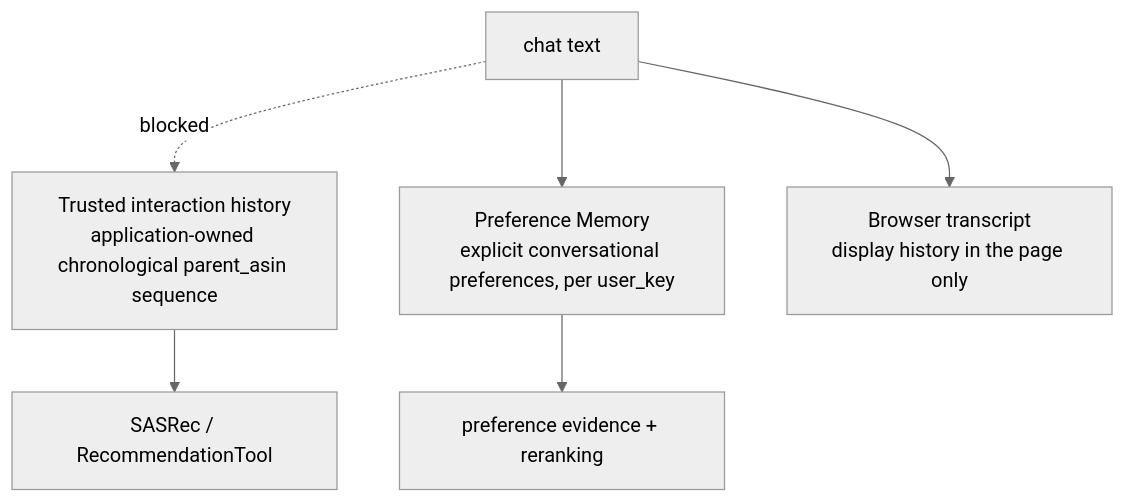
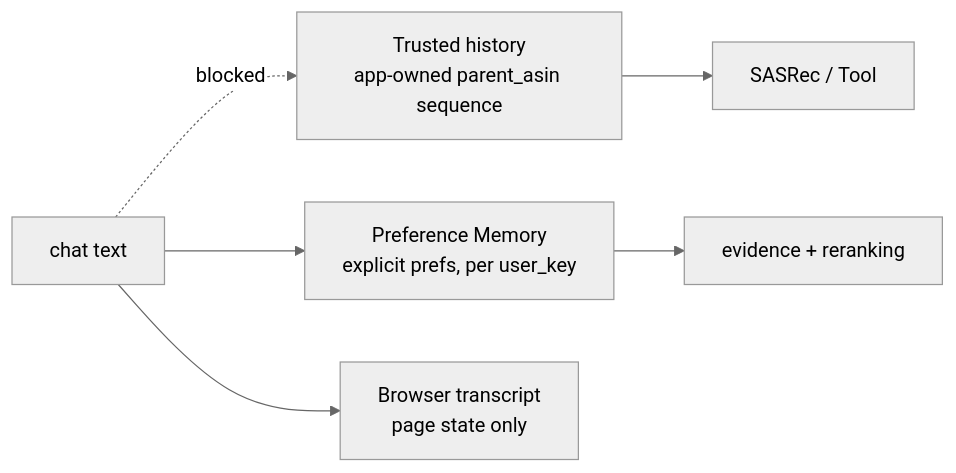
One commit to continuejpg/AgentRec-X changed the third of 3 diagrams in README.md. Above: the diagram before and after it, drawn with Mermaid (neutral theme). The commit also changed other lines of this file and 23 other files, not shown here.

````diff
--- a/README.md
+++ b/README.md
@@ -413,15 +395,14 @@
 ```mermaid
-flowchart TD
+flowchart LR
     CHAT["chat text"]
-    H["Trusted interaction history<br/>application-owned chronological parent_asin sequence"]
-    P["Preference Memory<br/>explicit conversational preferences, per user_key"]
-    T["Browser transcript<br/>display history in the page only"]
-    S["SASRec / RecommendationTool"]
-    R["preference evidence + reranking"]
-
+    H["Trusted history<br/>app-owned parent_asin sequence"]
+    P["Preference Memory<br/>explicit prefs, per user_key"]
+    T["Browser transcript<br/>page state only"]
+    S["SASRec / Tool"]
+    R["evidence + reranking"]
     CHAT -. "blocked" .-> H
     CHAT --> P
     CHAT --> T
     H --> S
     P --> R
 ```
````
